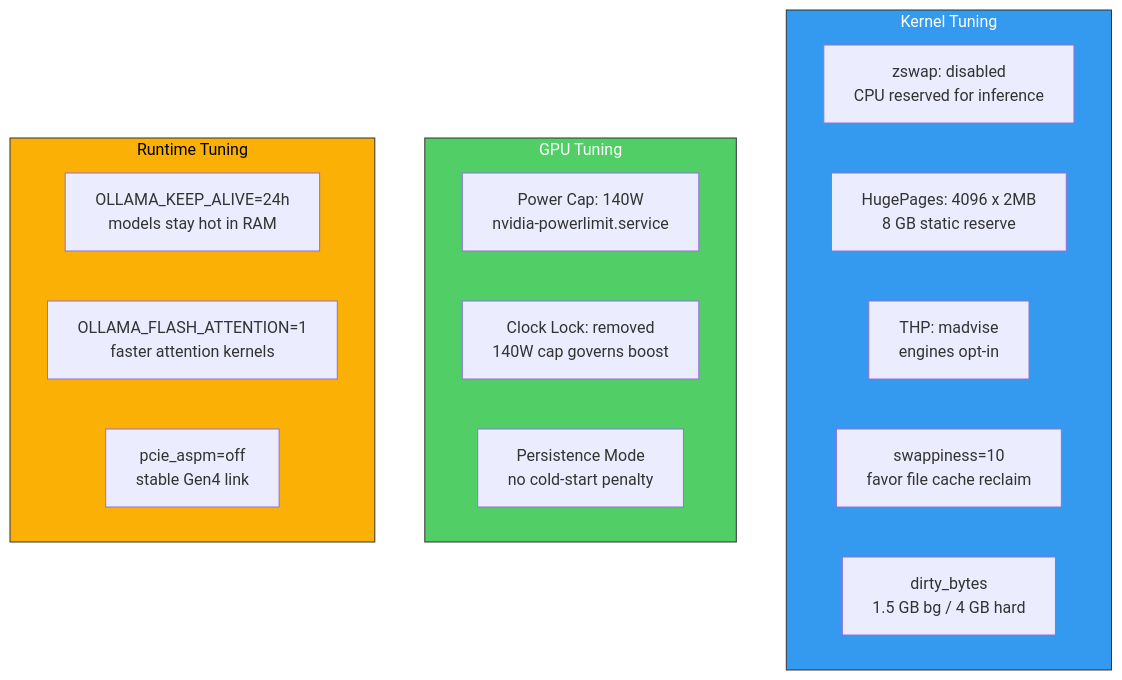
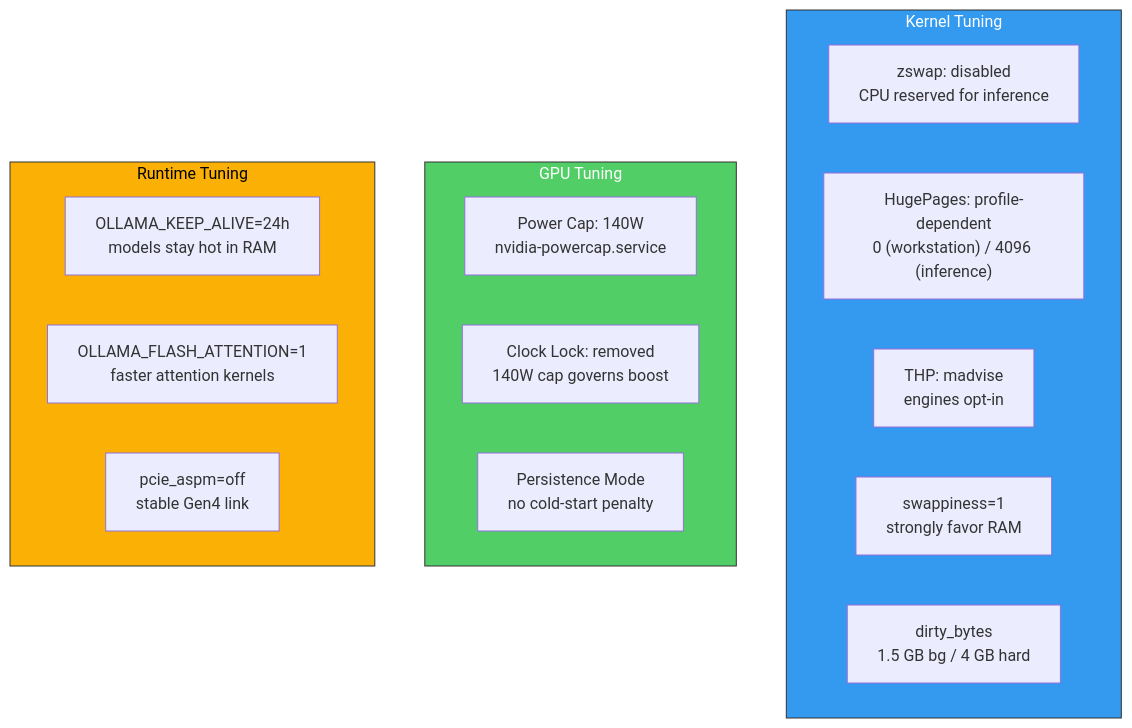
Diagram 17 of 24 in docs/architecture.md (AmeerJ97/project-host), drawn with Mermaid before and after one commit. The commit also changed other lines of this file and 23 other files, not shown here.

````diff
--- a/docs/architecture.md
+++ b/docs/architecture.md
@@ -898,26 +898,26 @@
 ```mermaid
 graph TD
     subgraph Kernel_Tuning ["Kernel Tuning"]
         ZSWAP_OPT["zswap: disabled<br>CPU reserved for inference"]
-        HUGEPAGES_OPT["HugePages: 4096 x 2MB<br>8 GB static reserve"]
+        HUGEPAGES_OPT["HugePages: profile-dependent<br>0 (workstation) / 4096 (inference)"]
         THP_OPT["THP: madvise<br>engines opt-in"]
-        SWAP_OPT["swappiness=10<br>favor file cache reclaim"]
+        SWAP_OPT["swappiness=1<br>strongly favor RAM"]
         DIRTY_OPT["dirty_bytes<br>1.5 GB bg / 4 GB hard"]
     end
 
     subgraph GPU_Tuning ["GPU Tuning"]
-        PCAP["Power Cap: 140W<br>nvidia-powerlimit.service"]
+        PCAP["Power Cap: 140W<br>nvidia-powercap.service"]
         CLOCK["Clock Lock: removed<br>140W cap governs boost"]
         PERSIST["Persistence Mode<br>no cold-start penalty"]
     end
 
     subgraph Runtime_Tuning ["Runtime Tuning"]
         KEEP["OLLAMA_KEEP_ALIVE=24h<br>models stay hot in RAM"]
         FLASH["OLLAMA_FLASH_ATTENTION=1<br>faster attention kernels"]
         PCIE_OFF["pcie_aspm=off<br>stable Gen4 link"]
     end
 
     style Kernel_Tuning fill:#339af0,stroke:#333,color:#fff
     style GPU_Tuning fill:#51cf66,stroke:#333,color:#fff
     style Runtime_Tuning fill:#fab005,stroke:#333,color:#000
 ```
````
